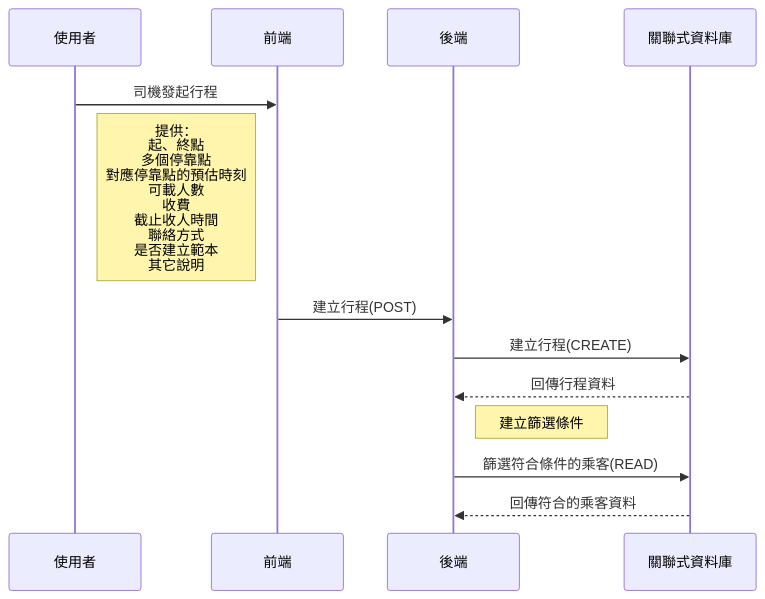
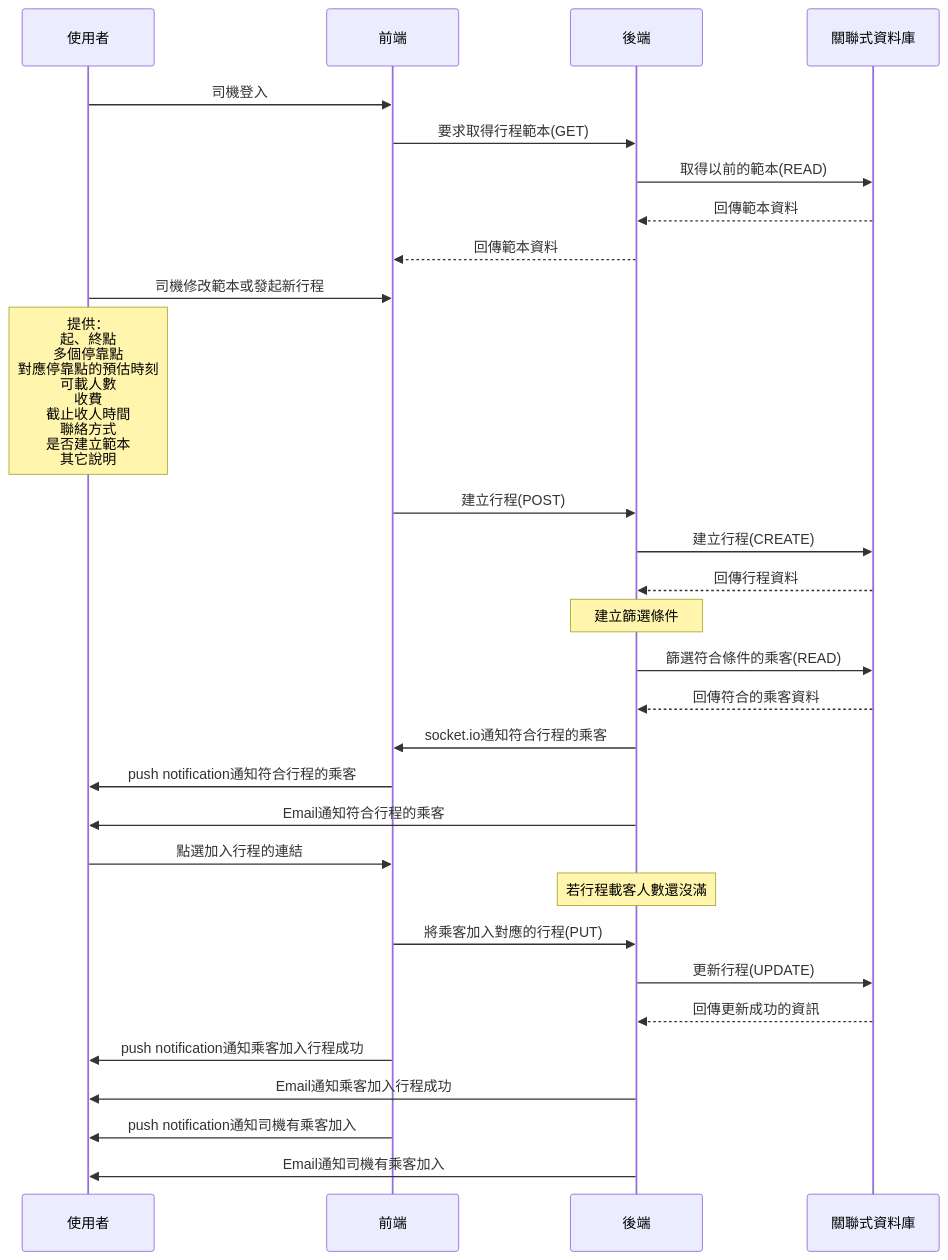
The second of 3 diagrams in README.md (CarCoop/car-coop), drawn with Mermaid before and after one commit. The commit also changed other lines of this file, not shown here.

Commit message:
司機發起行程流程圖

````diff
--- a/README.md
+++ b/README.md
@@ -27,12 +27,32 @@
 ```mermaid
 sequenceDiagram
-    使用者->>前端:司機發起行程
-    Note right of 使用者:提供：<br>起、終點<br>多個停靠點<br>對應停靠點的預估時刻<br>可載人數<br>收費<br>截止收人時間<br>聯絡方式<br>是否建立範本<br>其它說明
+    participant 使用者
+    participant 前端
+    participant 後端
+    participant 關聯式資料庫
+    使用者->>前端:司機登入
+    前端->>後端:要求取得行程範本(GET)
+    後端->>關聯式資料庫:取得以前的範本(READ)
+    關聯式資料庫-->>後端:回傳範本資料
+    後端-->>前端:回傳範本資料
+    使用者->>前端:司機修改範本或發起新行程
+    Note over 使用者:提供：<br>起、終點<br>多個停靠點<br>對應停靠點的預估時刻<br>可載人數<br>收費<br>截止收人時間<br>聯絡方式<br>是否建立範本<br>其它說明
     前端->>後端:建立行程(POST)
     後端->>關聯式資料庫:建立行程(CREATE)
     關聯式資料庫-->>後端:回傳行程資料
-    Note right of 後端:建立篩選條件
+    Note over 後端:建立篩選條件
     後端->>關聯式資料庫:篩選符合條件的乘客(READ)
     關聯式資料庫-->>後端:回傳符合的乘客資料
-
+    後端->>前端:socket.io通知符合行程的乘客
+    前端->>使用者:push notification通知符合行程的乘客
+    後端->>使用者:Email通知符合行程的乘客
+    使用者->>前端:點選加入行程的連結
+    Note over 後端:若行程載客人數還沒滿
+    前端->>後端:將乘客加入對應的行程(PUT)
+    後端->>關聯式資料庫:更新行程(UPDATE)
+    關聯式資料庫-->>後端:回傳更新成功的資訊
+    前端->>使用者:push notification通知乘客加入行程成功
+    後端->>使用者:Email通知乘客加入行程成功
+    前端->>使用者:push notification通知司機有乘客加入
+    後端->>使用者:Email通知司機有乘客加入
 ```
````
